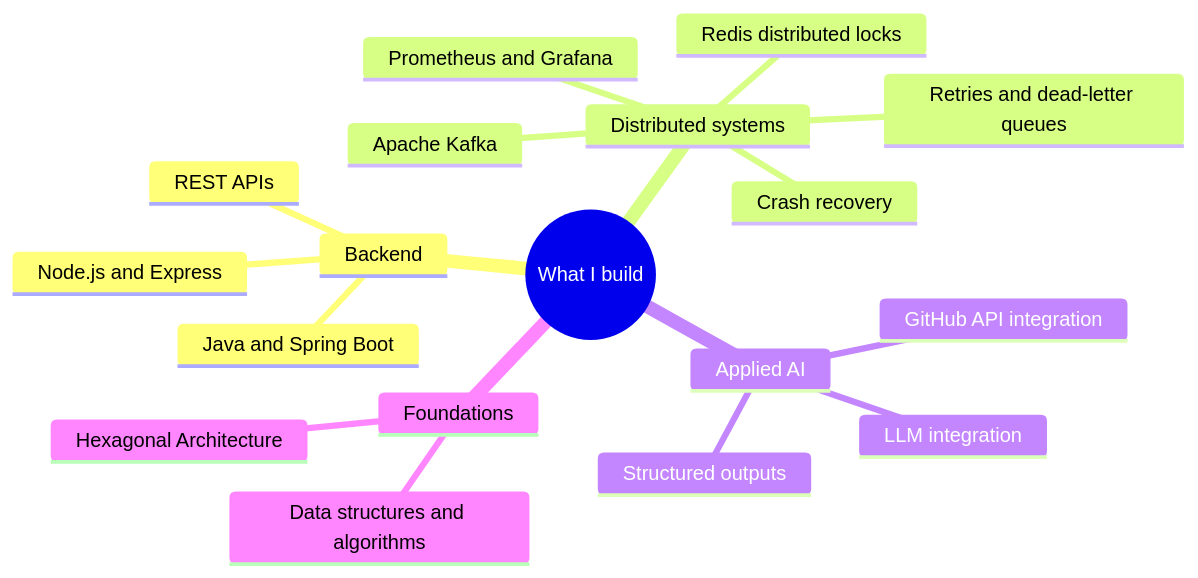
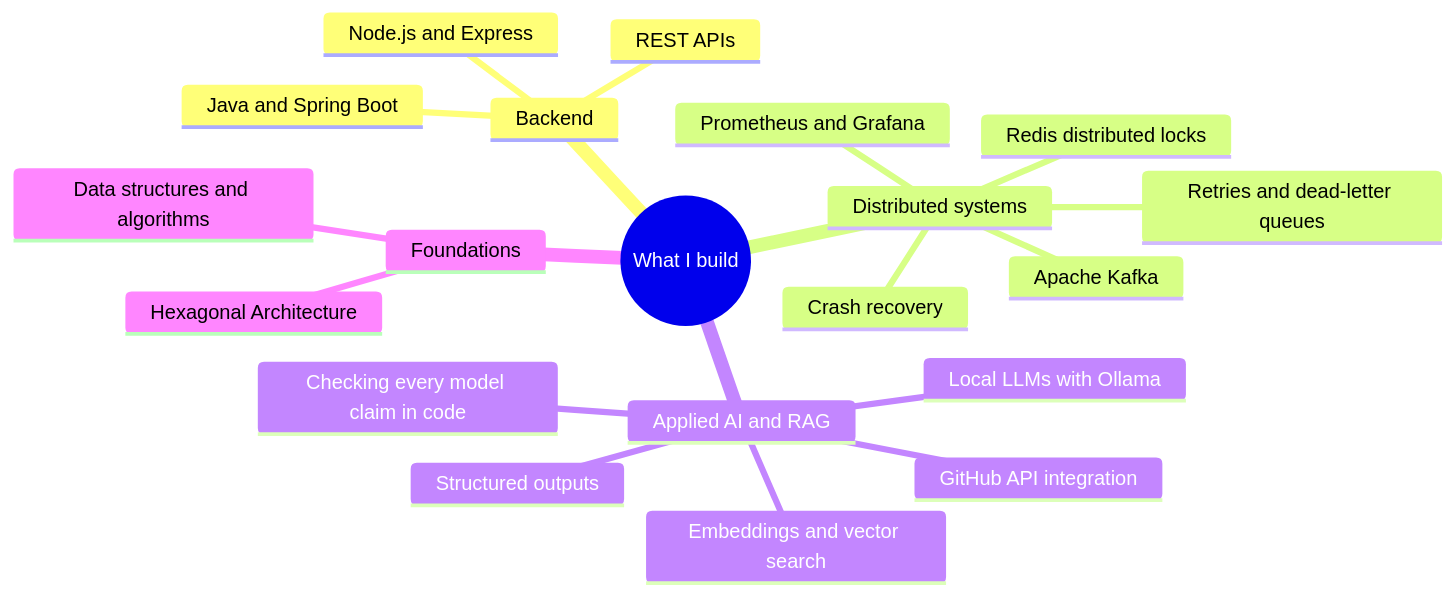
One commit to PubuduGunasekara/PubuduGunasekara.github.io changed the diagram in README.md. Above: the diagram before and after it, drawn with Mermaid. The commit also changed other lines of this file, not shown here.

Commit message:
Update README to showcase ResumeMatch and the RAG focus

````diff
--- a/README.md
+++ b/README.md
@@ -112,21 +130,23 @@
 ```mermaid
 mindmap
   root((What I build))
     Backend
       Java and Spring Boot
       REST APIs
       Node.js and Express
     Distributed systems
       Apache Kafka
       Redis distributed locks
       Retries and dead-letter queues
       Crash recovery
       Prometheus and Grafana
-    Applied AI
-      LLM integration
+    Applied AI and RAG
+      Embeddings and vector search
+      Local LLMs with Ollama
+      Checking every model claim in code
       Structured outputs
       GitHub API integration
     Foundations
       Data structures and algorithms
       Hexagonal Architecture
 ```
````
